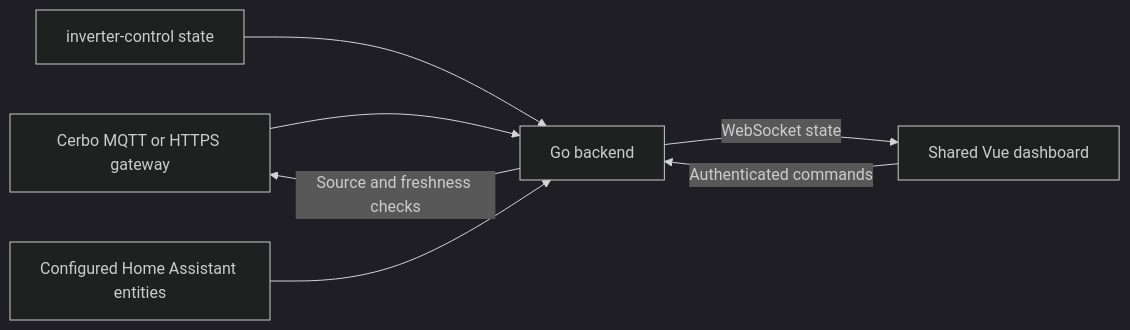
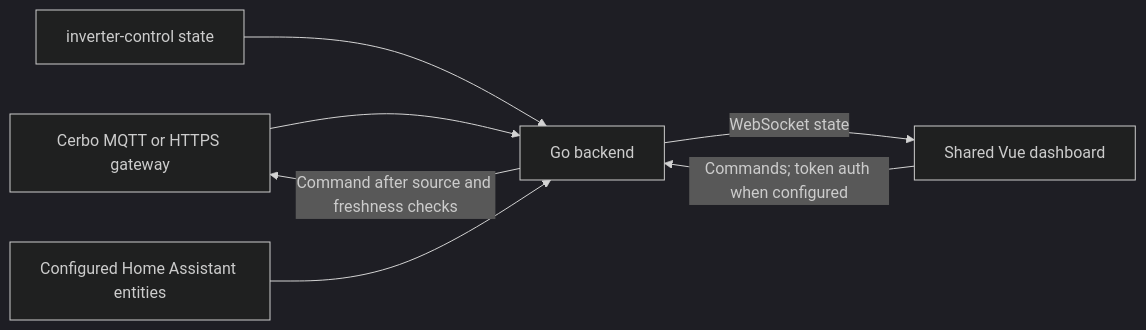
The diagram in .github/docs/system-architecture.md (victron-venus/inverter-dashboard-go), drawn with Mermaid (dark theme) before and after one commit. The commit also changed other lines of this file, not shown here.

Commit message:
docs: clarify configured command and telemetry inputs

````diff
--- a/.github/docs/system-architecture.md
+++ b/.github/docs/system-architecture.md
@@ -7,9 +7,9 @@
 ```mermaid
 flowchart LR
     Native["Cerbo MQTT or HTTPS gateway"] --> Backend["Go backend"]
     Controller["inverter-control state"] --> Backend
     HA["Configured Home Assistant entities"] --> Backend
     Backend -->|"WebSocket state"| Browser["Shared Vue dashboard"]
-    Browser -->|"Authenticated commands"| Backend
-    Backend -->|"Source and freshness checks"| Native
+    Browser -->|"Commands; token auth when configured"| Backend
+    Backend -->|"Command after source and freshness checks"| Native
 ```
````
